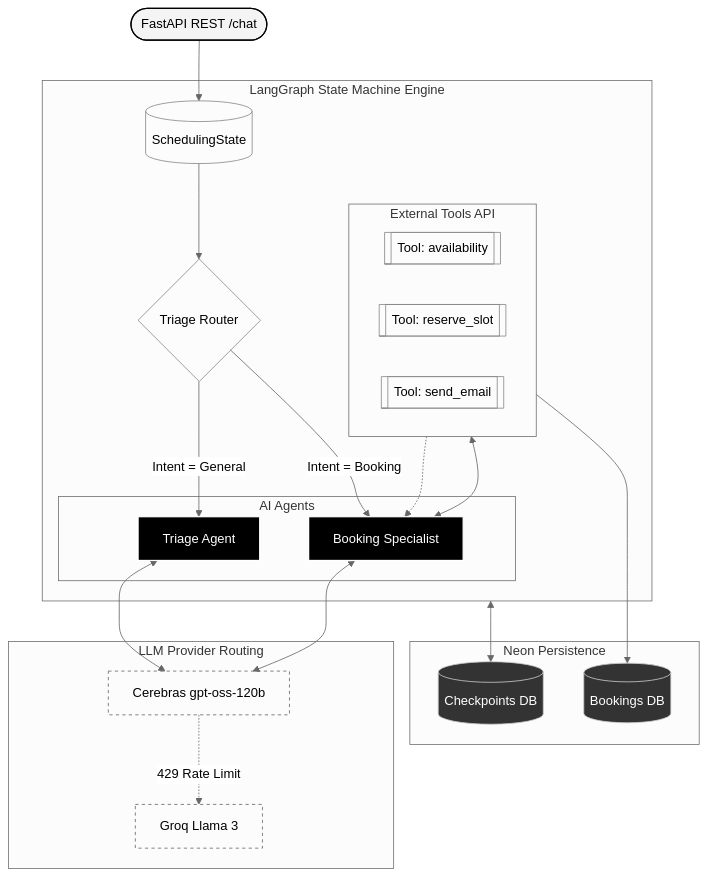
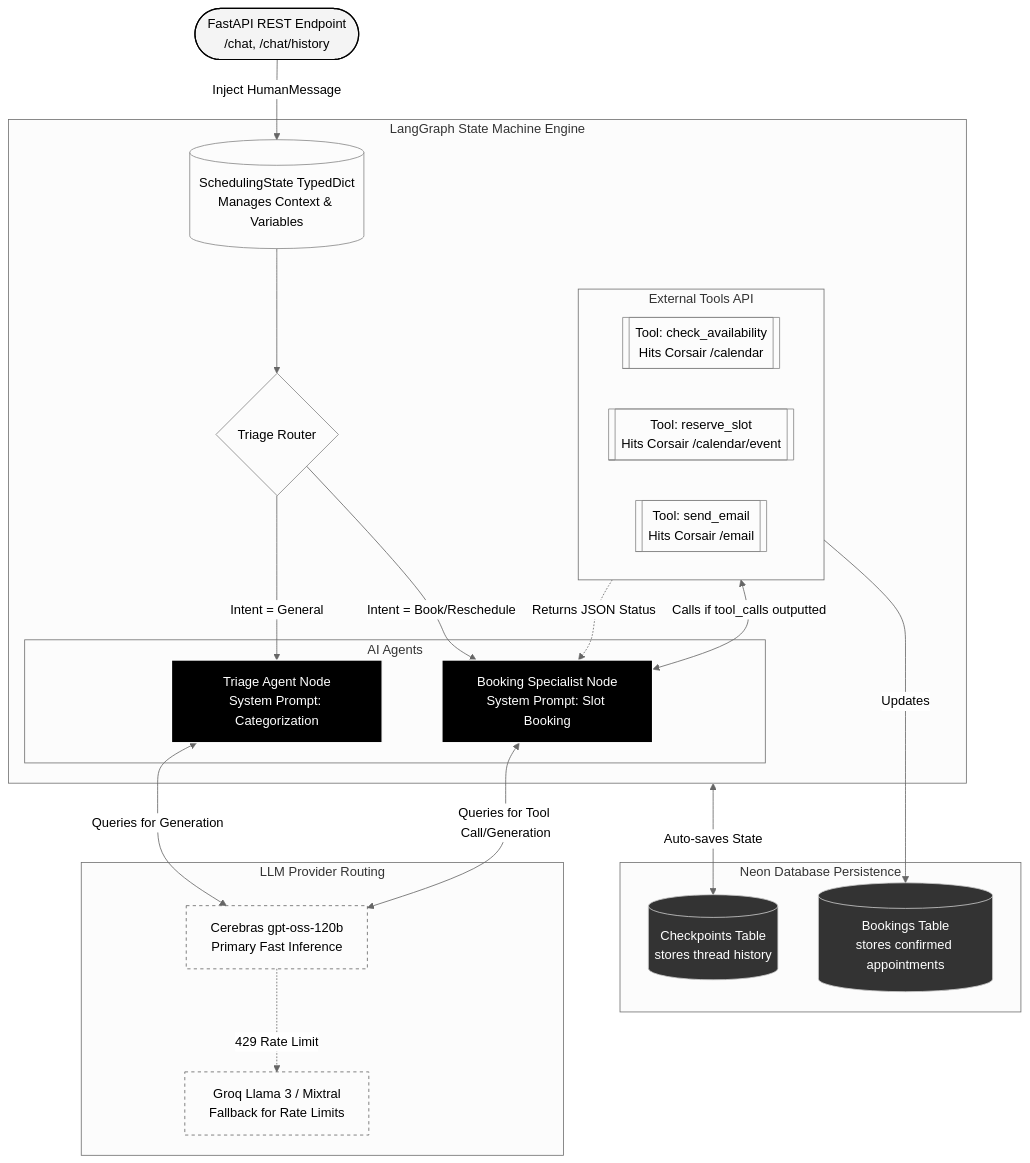
One commit to MRIARC-08/lakshya-scheduling changed the diagram in python-agent/README.md. Above: the diagram before and after it, drawn with Mermaid (neutral theme). The commit also changed 3 other files, not shown here.

Commit message:
docs: restore detailed depth and arrow labels to diagrams while maintaining sharp aesthetic styling

````diff
--- a/python-agent/README.md
+++ b/python-agent/README.md
@@ -16,54 +16,54 @@
 ```mermaid
 graph TD
     %% Styling for a sleek, sharp aesthetic
     classDef default fill:transparent,stroke:#888,stroke-width:1px,color:inherit,rx:0,ry:0;
     classDef endpoint fill:#f4f4f4,stroke:#000,stroke-width:1.5px,color:#000,rx:0,ry:0;
     classDef agent fill:#000,stroke:#fff,stroke-width:1.5px,color:#fff,rx:0,ry:0;
     classDef db fill:#333,stroke:#ccc,stroke-width:1px,color:#fff,rx:0,ry:0;
     classDef llm fill:transparent,stroke:#666,stroke-width:1px,stroke-dasharray: 4 4,rx:0,ry:0;
 
     %% Entry points
-    API(["FastAPI REST /chat"]):::endpoint
+    API(["FastAPI REST Endpoint<br/>/chat, /chat/history"]):::endpoint
     
     subgraph LangGraphEngine [LangGraph State Machine Engine]
-        State[("SchedulingState")]:::default
+        State[("SchedulingState TypedDict<br/>Manages Context & Variables")]:::default
         Router{"Triage Router"}:::default
         
         subgraph Agents [AI Agents]
-            TriageNode["Triage Agent"]:::agent
-            BookingNode["Booking Specialist"]:::agent
+            TriageNode["Triage Agent Node<br/>System Prompt: Categorization"]:::agent
+            BookingNode["Booking Specialist Node<br/>System Prompt: Slot Booking"]:::agent
         end
         
         subgraph Tools [External Tools API]
-            CheckAvailability[["Tool: availability"]]:::default
-            ReserveSlot[["Tool: reserve_slot"]]:::default
-            SendEmail[["Tool: send_email"]]:::default
+            CheckAvailability[["Tool: check_availability<br/>Hits Corsair /calendar"]]:::default
+            ReserveSlot[["Tool: reserve_slot<br/>Hits Corsair /calendar/event"]]:::default
+            SendEmail[["Tool: send_email<br/>Hits Corsair /email"]]:::default
         end
     end
     
-    subgraph Persistence [Neon Persistence]
-        PG_Threads[("Checkpoints DB")]:::db
-        PG_Bookings[("Bookings DB")]:::db
+    subgraph Persistence [Neon Database Persistence]
+        PG_Threads[("Checkpoints Table<br/>stores thread history")]:::db
+        PG_Bookings[("Bookings Table<br/>stores confirmed appointments")]:::db
     end
     
     subgraph LLMRouting [LLM Provider Routing]
-        PrimaryLLM["Cerebras gpt-oss-120b"]:::llm
-        FallbackLLM["Groq Llama 3"]:::llm
+        PrimaryLLM["Cerebras gpt-oss-120b<br/>Primary Fast Inference"]:::llm
+        FallbackLLM["Groq Llama 3 / Mixtral<br/>Fallback for Rate Limits"]:::llm
     end
     
-    API --> State
+    API -->|Inject HumanMessage| State
     State --> Router
     
     Router -->|Intent = General| TriageNode
-    Router -->|Intent = Booking| BookingNode
+    Router -->|Intent = Book/Reschedule| BookingNode
     
-    TriageNode <--> PrimaryLLM
-    BookingNode <--> PrimaryLLM
+    TriageNode <-->|Queries for Generation| PrimaryLLM
+    BookingNode <-->|Queries for Tool Call/Generation| PrimaryLLM
     PrimaryLLM -.->|429 Rate Limit| FallbackLLM
     
-    BookingNode <--> Tools
-    Tools -.-> BookingNode
+    BookingNode <-->|Calls if tool_calls outputted| Tools
+    Tools -.->|Returns JSON Status| BookingNode
     
-    Tools --> PG_Bookings
-    LangGraphEngine <--> PG_Threads
+    Tools -->|Updates| PG_Bookings
+    LangGraphEngine <-->|Auto-saves State| PG_Threads
 ```
````
